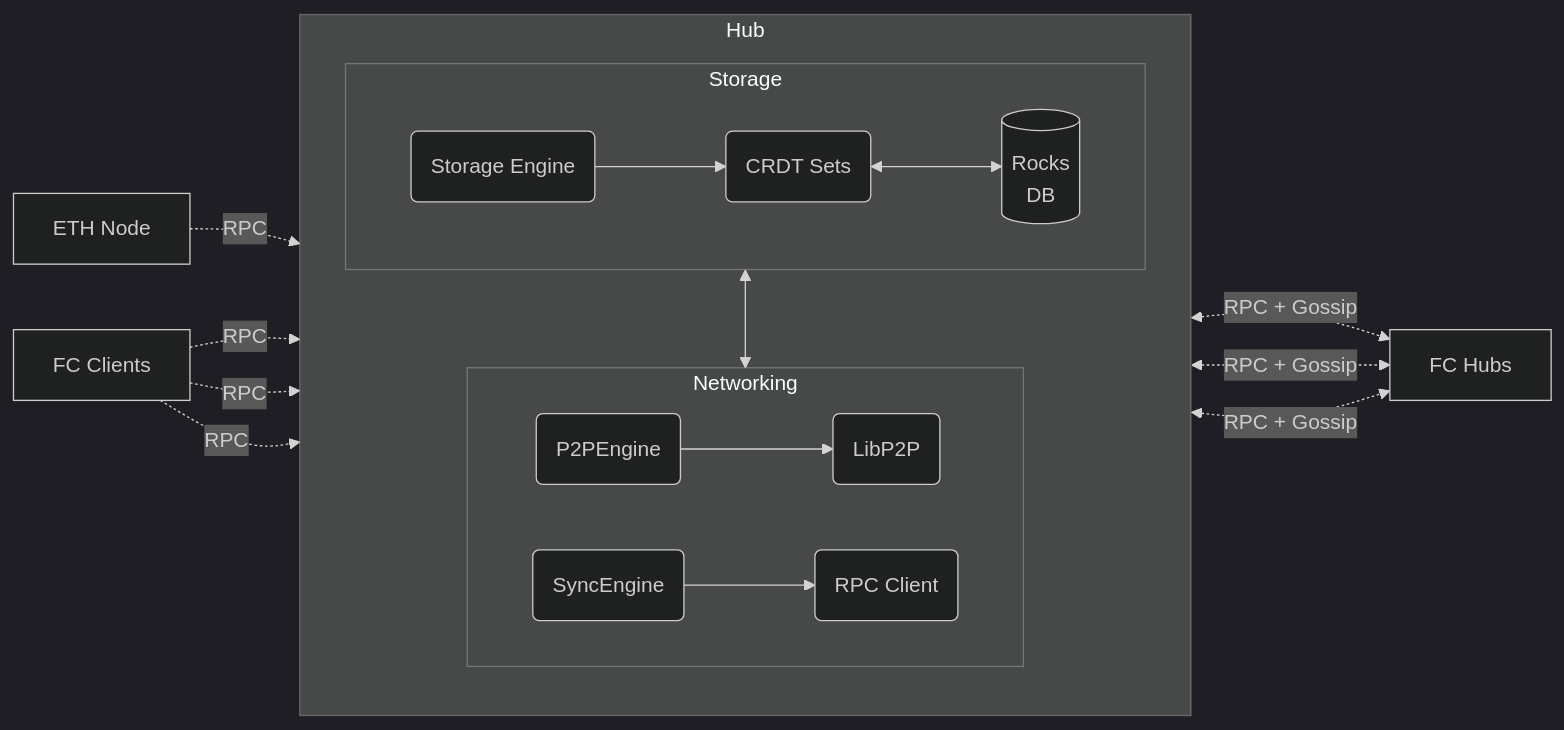
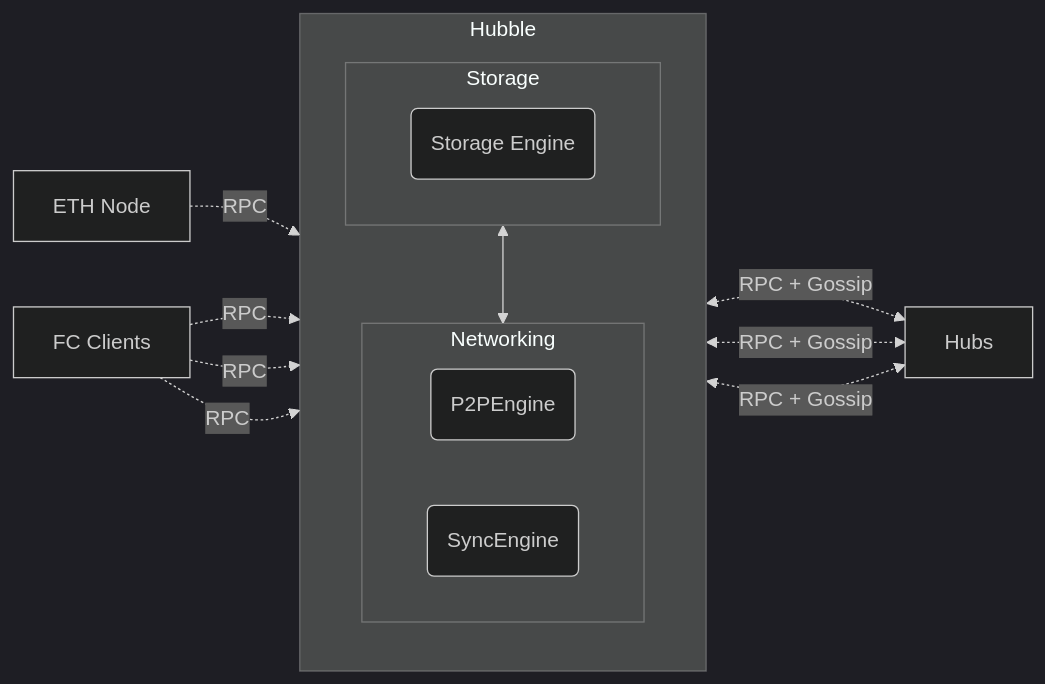
Before and after one commit to farcasterxyz/hub-monorepo: the first of 4 diagrams in apps/hubble/README.md, drawn with Mermaid (dark theme). The commit also changed other lines of this file and 3 other files, not shown here.

````diff
--- a/apps/hubble/README.md
+++ b/apps/hubble/README.md
@@ -26,20 +45,19 @@
 ```mermaid
 flowchart LR
-subgraph Hub
+subgraph Hubble
 
     subgraph Networking
-        P2PEngine(P2PEngine) --> LibP2P(LibP2P)
-        SyncEngine(SyncEngine) --> RPC(RPC Client)
+        P2PEngine(P2PEngine)
+        SyncEngine(SyncEngine)
     end
 
     subgraph Storage
-        StorageEngine(Storage Engine) --> Sets
-        Sets(CRDT Sets) <--> DB[(Rocks<br/>DB)]
+        StorageEngine(Storage Engine)
     end
 
 end
-Node[ETH Node] -.-> |RPC| Hub
-Clients[FC Clients] & Clients & Clients -.-> |RPC| Hub
-Hub <-.-> |RPC + Gossip|Hubs[FC Hubs] & Hubs & Hubs
+Node[ETH Node] -.-> |RPC| Hubble
+Clients[FC Clients] & Clients & Clients -.-> |RPC| Hubble
+Hubble <-.-> |RPC + Gossip|Hubs[Hubs] & Hubs & Hubs
 Storage <--> Networking
 ```
````
